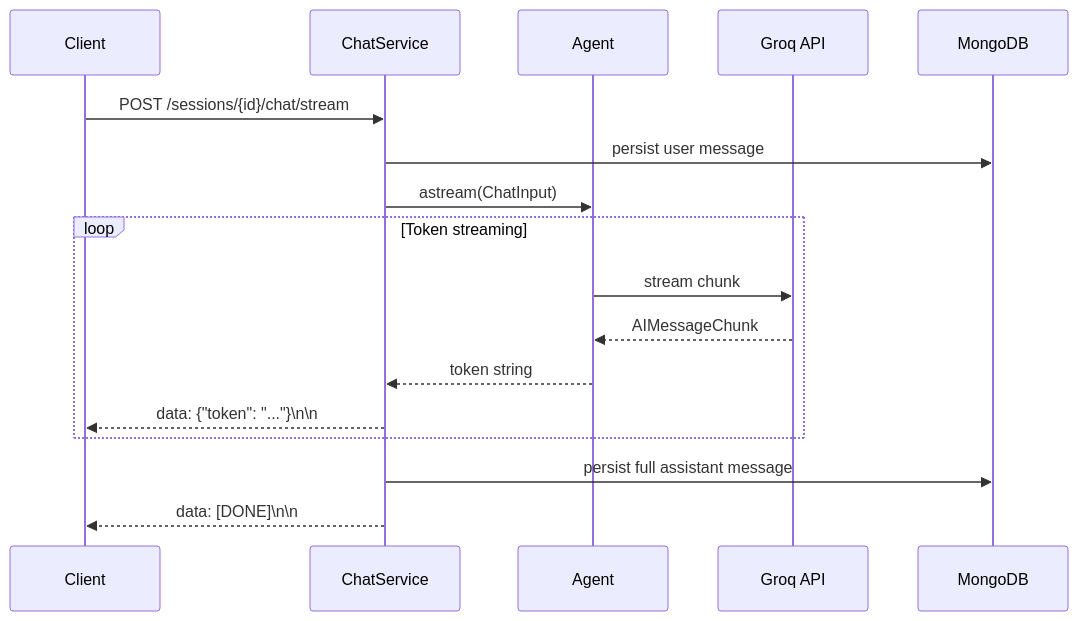
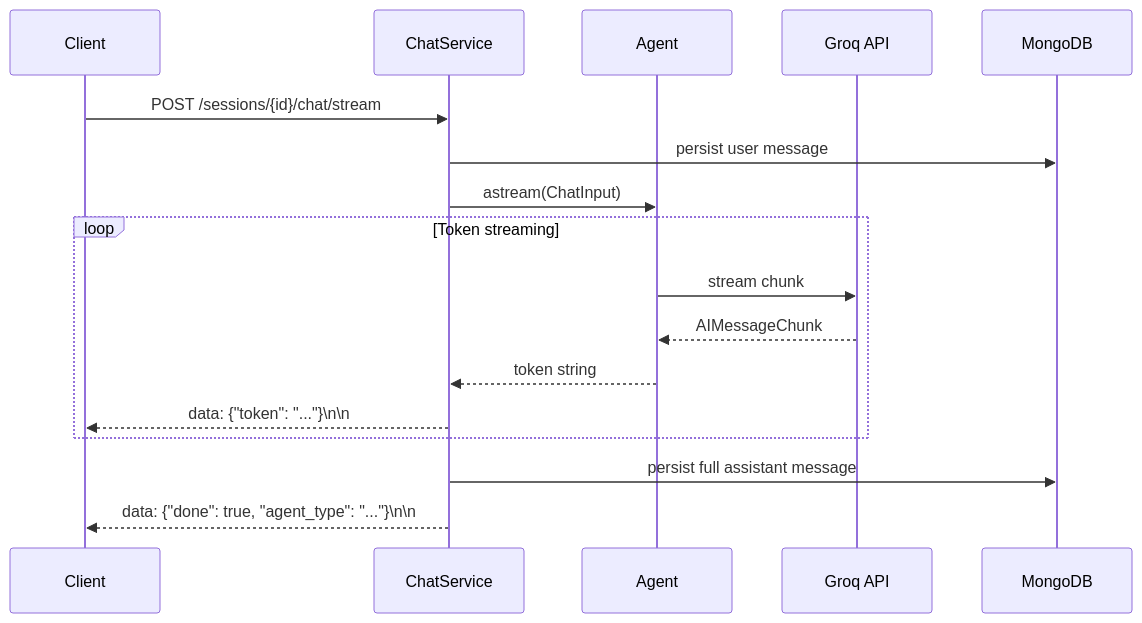
Before and after one commit to giasinguyen/chatly-messaging-platform: the fourth of 13 diagrams in chatly-agent/ARCHITECTURE.md, drawn with Mermaid. The commit also changed other lines of this file and 26 other files, not shown here.

First line of the commit message:
Refactor chat service and agent architecture

````diff
--- a/chatly-agent/ARCHITECTURE.md
+++ b/chatly-agent/ARCHITECTURE.md
@@ -168,20 +166,20 @@
 ```mermaid
 sequenceDiagram
     participant C as Client
     participant CS as ChatService
     participant A as Agent
     participant LLM as Groq API
     participant DB as MongoDB
 
     C->>CS: POST /sessions/{id}/chat/stream
     CS->>DB: persist user message
     CS->>A: astream(ChatInput)
     loop Token streaming
         A->>LLM: stream chunk
         LLM-->>A: AIMessageChunk
         A-->>CS: token string
         CS-->>C: data: {"token": "..."}\n\n
     end
     CS->>DB: persist full assistant message
-    CS-->>C: data: [DONE]\n\n
+    CS-->>C: data: {"done": true, "agent_type": "..."}\n\n
 ```
````
